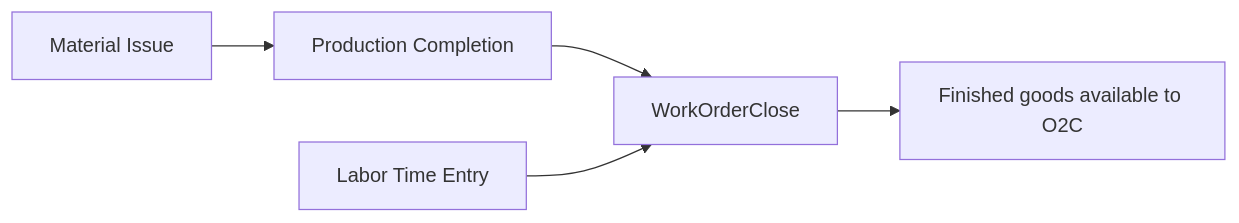
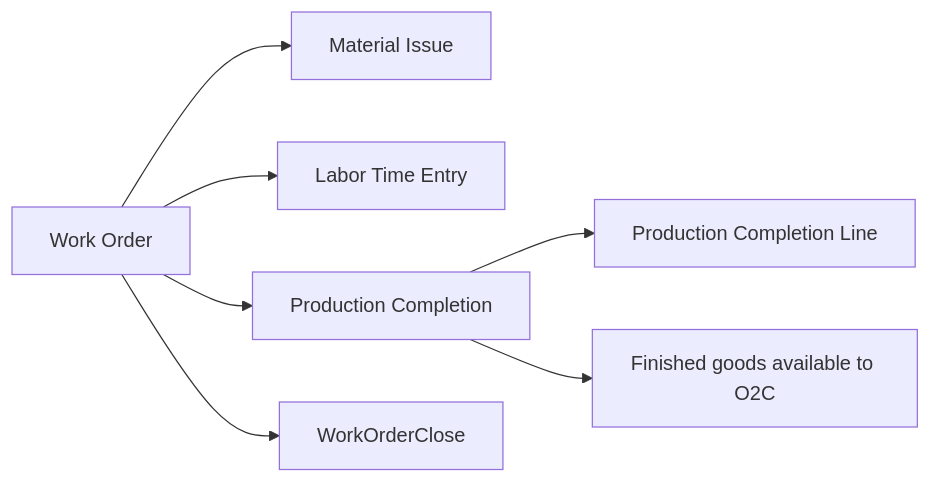
One commit to mmcodesso/CharlesRiver_Database changed the seventh of 7 diagrams in docs/processes/manufacturing.md. Above: the diagram before and after it, drawn with Mermaid. The commit also changed other lines of this file and 77 other files, not shown here.

````diff
--- a/docs/processes/manufacturing.md
+++ b/docs/processes/manufacturing.md
@@ -386,11 +450,18 @@
 ```mermaid
 flowchart LR
+    accTitle: Separate completion and close branches of a work order
+    accDescr: A work order links separately to material issues, labor, production completion lines, and accounting close. Completion makes finished goods available before close.
+    WO[Work Order]
     MI[Material Issue]
     LTE[Labor Time Entry]
     PC[Production Completion]
+    PCL[Production Completion Line]
     WOC[WorkOrderClose]
     FG[Finished goods available to O2C]
 
-    MI --> PC  --> WOC --> FG
-    LTE --> WOC
+    WO --> MI
+    WO --> LTE
+    WO --> PC --> PCL
+    PC --> FG
+    WO --> WOC
 ```
````
